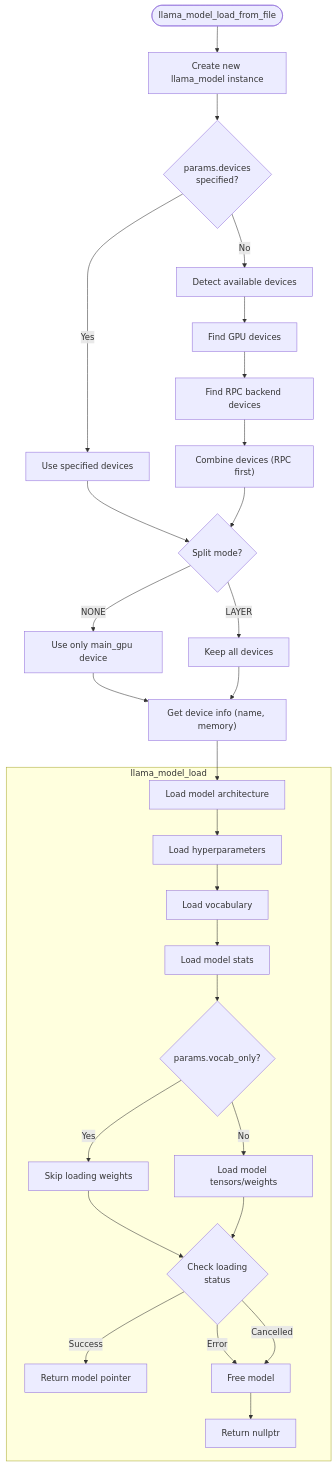
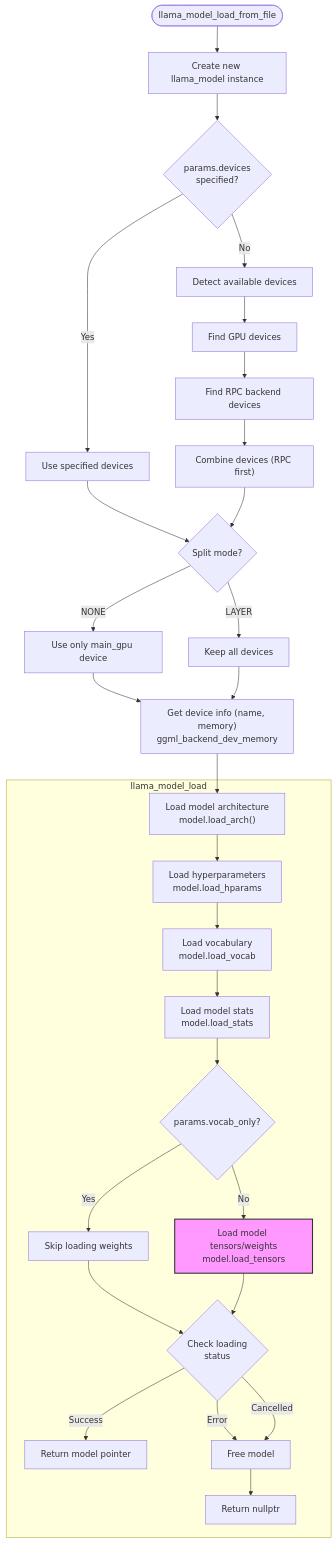
The fourth of 15 diagrams in LLM/llama.cpp_flowchart.md (cshbli/ML-CV-AI), drawn with Mermaid before and after one commit. The commit also changed other lines of this file and 2 other files, not shown here.

````diff
--- a/LLM/llama.cpp_flowchart.md
+++ b/LLM/llama.cpp_flowchart.md
@@ -176,46 +181,49 @@
 ```mermaid
 flowchart TD
     start([llama_model_load_from_file]) --> create_model["Create new llama_model instance"]
     
     create_model --> has_devices{"params.devices<br>specified?"}
     
     has_devices -->|Yes| use_specified["Use specified devices"]
     has_devices -->|No| auto_detect["Detect available devices"]
     
     auto_detect --> collect_gpus["Find GPU devices"]
     collect_gpus --> collect_rpc["Find RPC backend devices"]
     collect_rpc --> combine["Combine devices (RPC first)"]
     
     use_specified --> check_split_mode
     combine --> check_split_mode{"Split mode?"}
     
     check_split_mode -->|NONE| use_main_gpu["Use only main_gpu device"]
     check_split_mode -->|LAYER| keep_all["Keep all devices"]
     
     use_main_gpu --> log_devices
-    keep_all --> log_devices["Get device info (name, memory)"]
+    keep_all --> log_devices["Get device info (name, memory)<br>ggml_backend_dev_memory"]
     
-    log_devices --> load_arch["Load model architecture"]
+    log_devices --> load_arch["Load model architecture<br>model.load_arch()"]
 
     subgraph llama_model_load[llama_model_load]
     
     
-    load_arch --> load_hparams["Load hyperparameters"]
-    load_hparams --> load_vocab["Load vocabulary"]
-    load_vocab --> load_stats["Load model stats"]
+    load_arch --> load_hparams["Load hyperparameters<br>model.load_hparams"]
+    load_hparams --> load_vocab["Load vocabulary<br>model.load_vocab"]
+    load_vocab --> load_stats["Load model stats<br>model.load_stats"]
     
     load_stats --> vocab_only{"params.vocab_only?"}
     
     vocab_only -->|Yes| skip_tensors["Skip loading weights"]
-    vocab_only -->|No| load_tensors["Load model tensors/weights"]
+    vocab_only -->|No| load_tensors["Load model tensors/weights<br>model.load_tensors"]
     
     skip_tensors --> check_status
     load_tensors --> check_status{"Check loading<br>status"}
     
     check_status -->|Success| return_model["Return model pointer"]
     check_status -->|Error| free_model["Free model"]
     check_status -->|Cancelled| free_model
     
     free_model --> return_null["Return nullptr"]
     end
+
+    classDef CoreProcess fill:#f9f,stroke:#333,stroke-width:2px;
+    class load_tensors CoreProcess;
 ```
````
